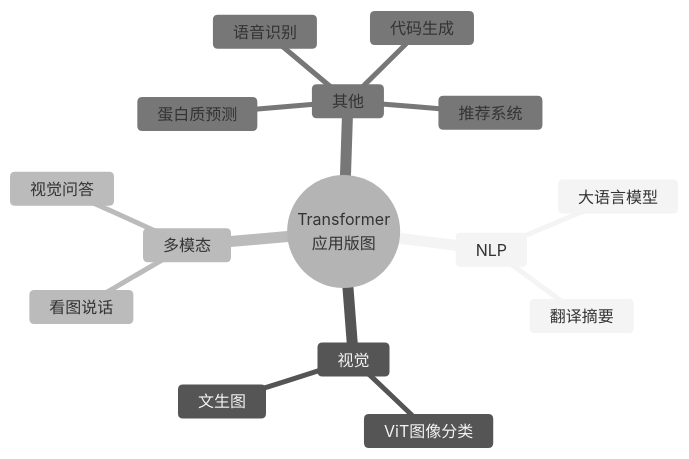
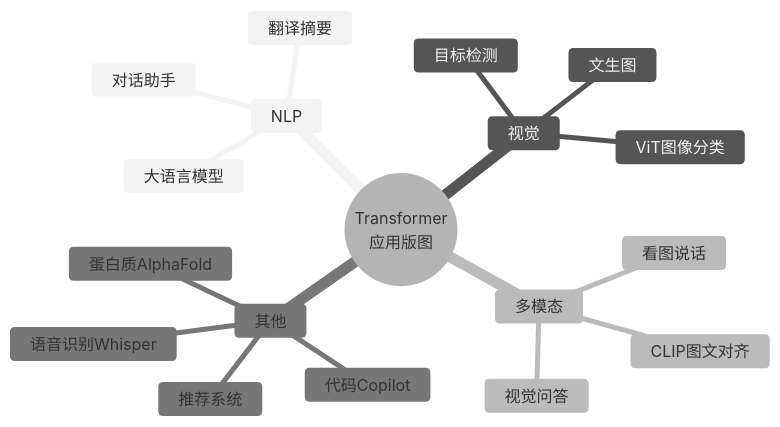
The seventh of 8 diagrams in transformer-学习资料/第11章-Transformer的广泛应用.md (zerioo1970/summary), drawn with Mermaid (neutral theme) before and after one commit. The commit also changed other lines of this file and 6 other files, not shown here.

Commit message:
大幅扩写第1、2、8-12章:新增导览/数值示例/深入原理/FAQ/更多图解

````diff
--- a/transformer-学习资料/第11章-Transformer的广泛应用.md
+++ b/transformer-学习资料/第11章-Transformer的广泛应用.md
@@ -93,18 +171,21 @@
 ```mermaid
 mindmap
   root((Transformer<br/>应用版图))
     NLP
       大语言模型
       翻译摘要
+      对话助手
     视觉
       ViT图像分类
       文生图
+      目标检测
     多模态
       看图说话
       视觉问答
+      CLIP图文对齐
     其他
-      语音识别
-      蛋白质预测
-      代码生成
+      语音识别Whisper
+      蛋白质AlphaFold
+      代码Copilot
       推荐系统
 ```
````
